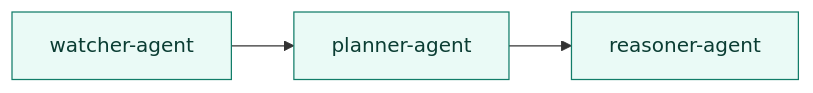
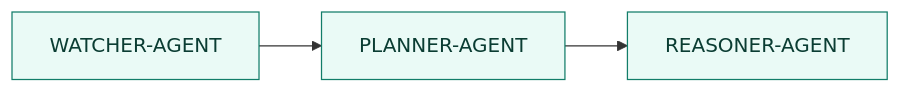
Before and after one commit to k-kohli10/radar-system: the first of 4 diagrams in docs/architecture/agent-pipeline.md, drawn with Mermaid. The commit also changed 4 other files, not shown here.

Commit message:
docs(diagrams): uppercase service names and drop <small> tags

````diff
--- a/docs/architecture/agent-pipeline.md
+++ b/docs/architecture/agent-pipeline.md
@@ -15,7 +15,7 @@
 ```mermaid
 flowchart LR
-    Watcher[watcher-agent] --> Planner[planner-agent] --> Reasoner[reasoner-agent]
+    Watcher[WATCHER-AGENT] --> Planner[PLANNER-AGENT] --> Reasoner[REASONER-AGENT]
 
     classDef agent fill:#eafaf6,stroke:#127d69,color:#0b3d33;
     class Watcher,Planner,Reasoner agent
 ```
````
